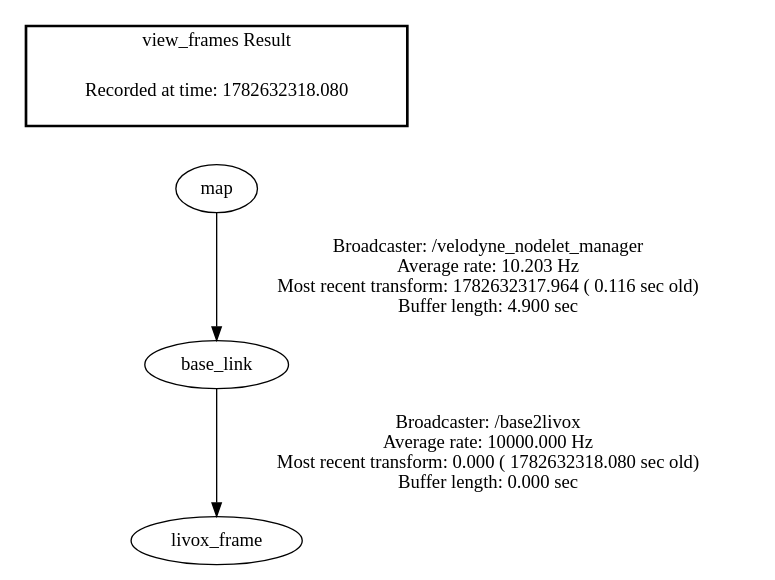
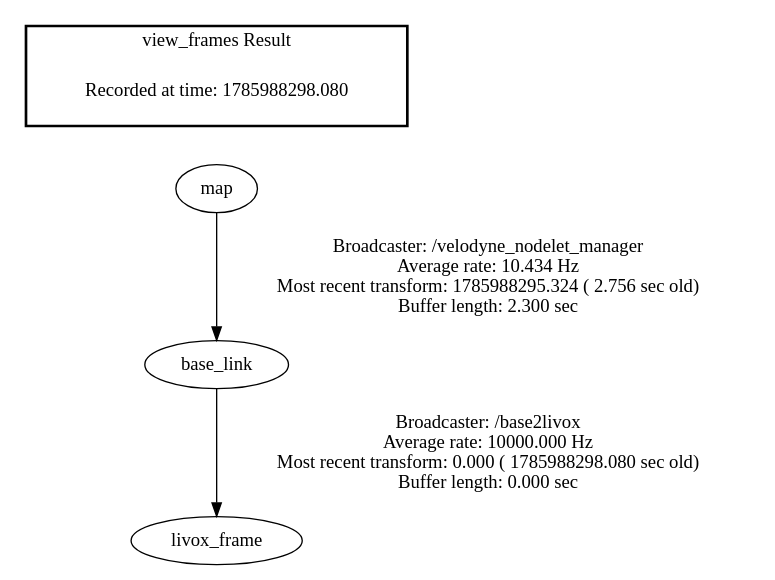
Before and after one commit to zhshui/slam_navx86: the diagram in frames.gv, drawn with Graphviz. The commit also changed 57 other files, not shown here.

```diff
--- a/frames.gv
+++ b/frames.gv
@@ -1,8 +1,8 @@
 digraph G {
-"base_link" -> "livox_frame"[label="Broadcaster: /base2livox\nAverage rate: 10000.000 Hz\nMost recent transform: 0.000 ( 1782632318.080 sec old)\nBuffer length: 0.000 sec\n"];
-"map" -> "base_link"[label="Broadcaster: /velodyne_nodelet_manager\nAverage rate: 10.203 Hz\nMost recent transform: 1782632317.964 ( 0.116 sec old)\nBuffer length: 4.900 sec\n"];
+"base_link" -> "livox_frame"[label="Broadcaster: /base2livox\nAverage rate: 10000.000 Hz\nMost recent transform: 0.000 ( 1785988298.080 sec old)\nBuffer length: 0.000 sec\n"];
+"map" -> "base_link"[label="Broadcaster: /velodyne_nodelet_manager\nAverage rate: 10.434 Hz\nMost recent transform: 1785988295.324 ( 2.756 sec old)\nBuffer length: 2.300 sec\n"];
 edge [style=invis];
  subgraph cluster_legend { style=bold; color=black; label ="view_frames Result";
-"Recorded at time: 1782632318.080"[ shape=plaintext ] ;
+"Recorded at time: 1785988298.080"[ shape=plaintext ] ;
  }->"map";
 }
```
